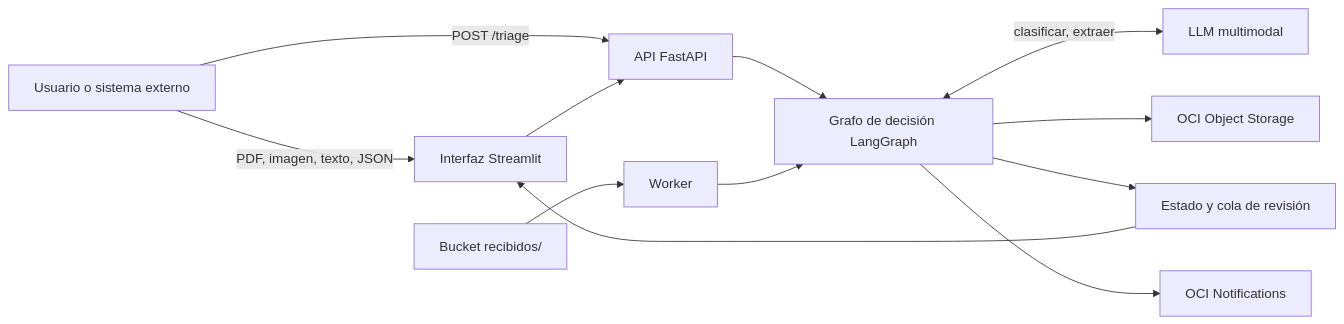
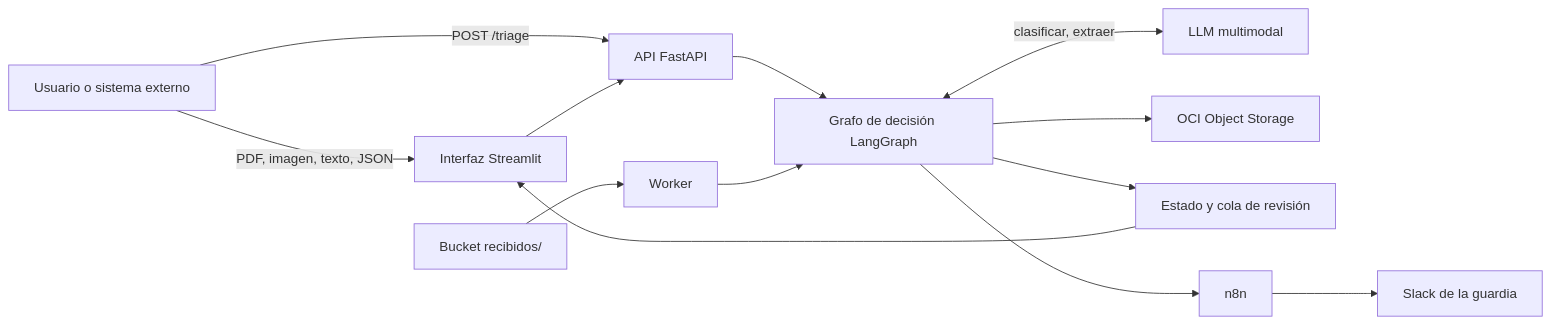
One commit to No-Country-simulation/G10-LATAM-equipo-37-Mediflow changed the first of 2 diagrams in README.md. Above: the diagram before and after it, drawn with Mermaid. The commit also changed other lines of this file, not shown here.

````diff
--- a/README.md
+++ b/README.md
@@ -125,14 +136,14 @@
 ```mermaid
 flowchart LR
     U["Usuario o sistema externo"] -->|"PDF, imagen, texto, JSON"| UI["Interfaz Streamlit"]
     U -->|"POST /triage"| API["API FastAPI"]
     UI --> API
     B["Bucket recibidos/"] --> W["Worker"]
     API --> G["Grafo de decisión LangGraph"]
     W --> G
     G <-->|"clasificar, extraer"| LLM["LLM multimodal"]
     G --> OS["OCI Object Storage"]
     G --> DB["Estado y cola de revisión"]
-    G --> ONS["OCI Notifications"]
+    G --> N8N["n8n"] --> SL["Slack de la guardia"]
     DB --> UI
 ```
````
